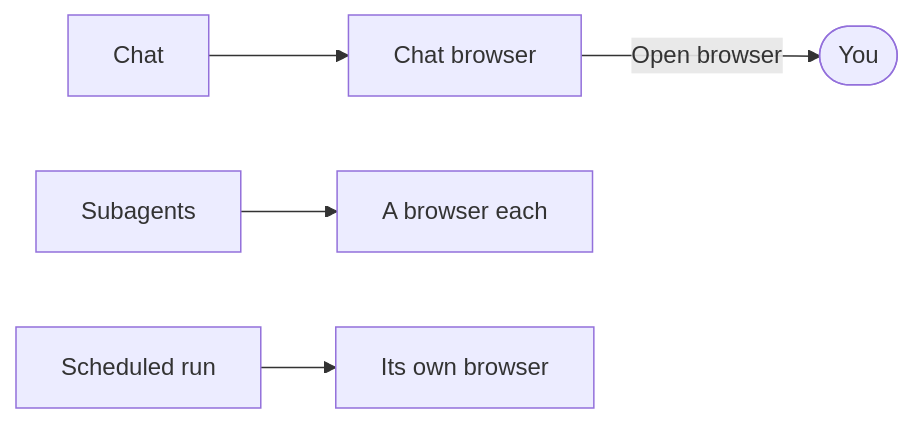
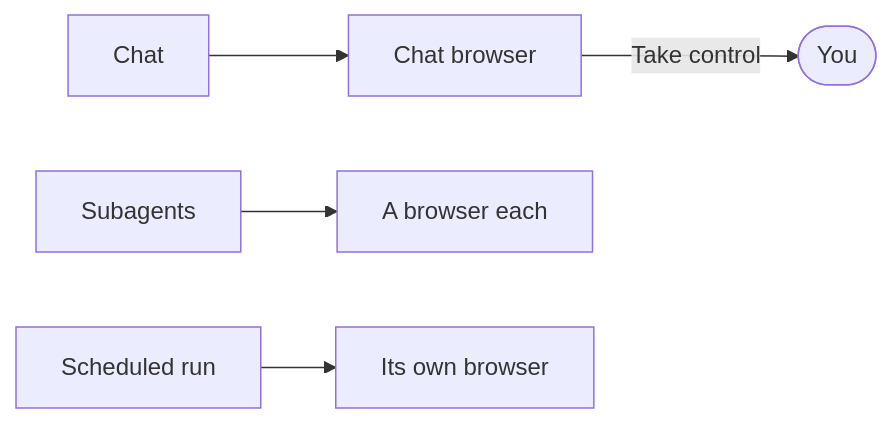
Before and after one commit to KrishBhimani/nod: the diagram in docs/src/content/docs/use/browser.mdx, drawn with Mermaid. The commit also changed other lines of this file and 29 other files, not shown here.

Commit message:
fix(browser): make handoff explicit and show who has control

````diff
--- a/docs/src/content/docs/use/browser.mdx
+++ b/docs/src/content/docs/use/browser.mdx
@@ -59,7 +61,7 @@
 ```mermaid
 flowchart LR
   chat[Chat]:::accent --> b1[Chat browser]
   sub[Subagents] --> b2[A browser each]
   run[Scheduled run] --> b3[Its own browser]
-  b1 -- Open browser --> you([You]):::accent
+  b1 -- Take control --> you([You]):::accent
 ```
````
